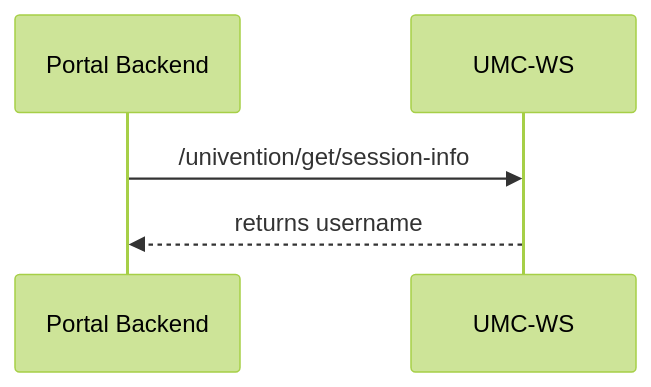
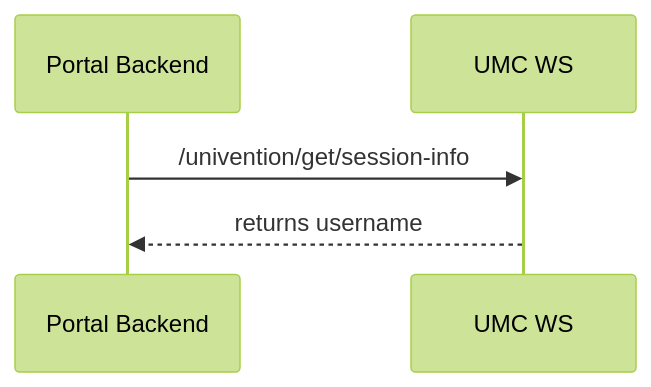
The third of 3 diagrams in docs/containerization/auth.md (univention/univention-portal), drawn with Mermaid (forest theme) before and after one commit. The commit also changed other lines of this file, not shown here.

````diff
--- a/docs/containerization/auth.md
+++ b/docs/containerization/auth.md
@@ -121,12 +121,12 @@
 ```mermaid
 
 sequenceDiagram
 
     participant Portal Backend
-    participant UMC-WS
+    participant UMC WS
 
 
-    Portal Backend ->> UMC-WS: /univention/get/session-info
-    UMC-WS -->> Portal Backend: returns username
+    Portal Backend ->> UMC WS: /univention/get/session-info
+    UMC WS -->> Portal Backend: returns username
 
 ```
````
